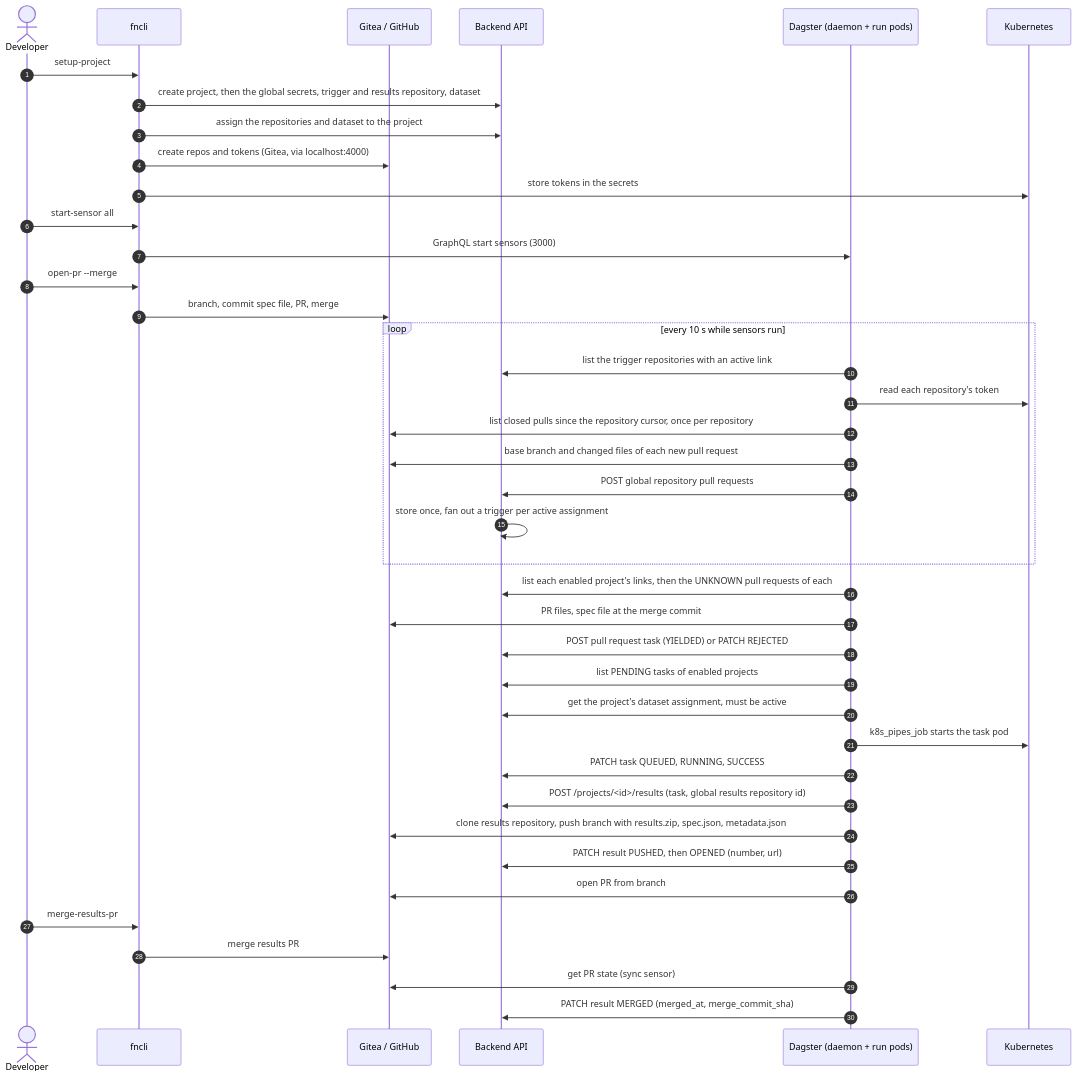
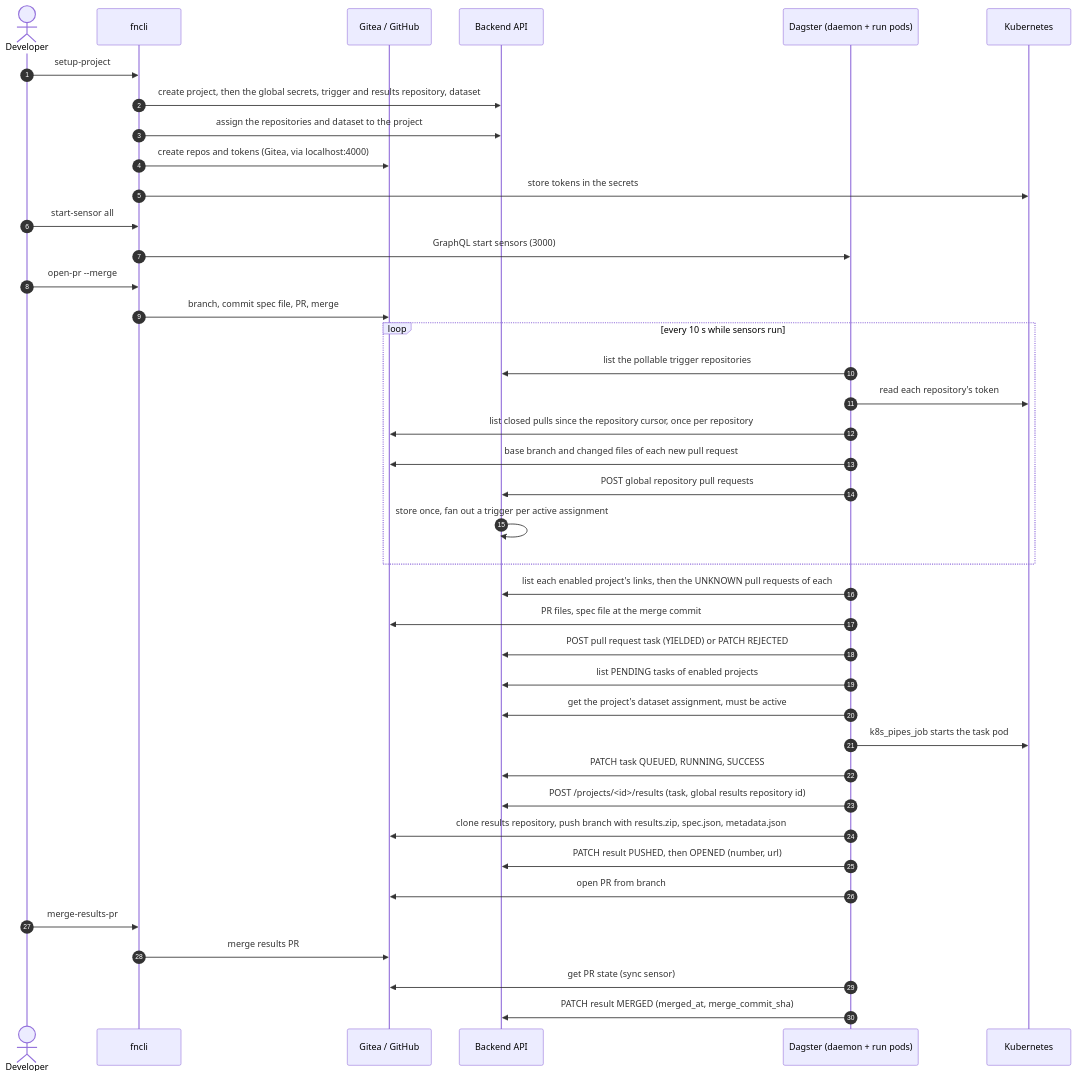
One commit to Aridhia-Open-Source/PHEMS_federated_node changed the second of 3 diagrams in docs/architecture/flows.md. Above: the diagram before and after it, drawn with Mermaid. The commit also changed other lines of this file and 21 other files, not shown here.

````diff
--- a/docs/architecture/flows.md
+++ b/docs/architecture/flows.md
@@ -55,44 +56,44 @@
 ```mermaid
 sequenceDiagram
     autonumber
     actor Dev as Developer
     participant CLI as fncli
     participant Git as Gitea / GitHub
     participant BE as Backend API
     participant DG as Dagster (daemon + run pods)
     participant K8s as Kubernetes
 
     Dev->>CLI: setup-project
     CLI->>BE: create project, then the global secrets, trigger and results repository, dataset
     CLI->>BE: assign the repositories and dataset to the project
     CLI->>Git: create repos and tokens (Gitea, via localhost:4000)
     CLI->>K8s: store tokens in the secrets
     Dev->>CLI: start-sensor all
     CLI->>DG: GraphQL start sensors (3000)
     Dev->>CLI: open-pr --merge
     CLI->>Git: branch, commit spec file, PR, merge
 
     loop every 10 s while sensors run
-        DG->>BE: list the trigger repositories with an active link
+        DG->>BE: list the pollable trigger repositories
         DG->>K8s: read each repository's token
         DG->>Git: list closed pulls since the repository cursor, once per repository
         DG->>Git: base branch and changed files of each new pull request
         DG->>BE: POST global repository pull requests
         BE->>BE: store once, fan out a trigger per active assignment
     end
     DG->>BE: list each enabled project's links, then the UNKNOWN pull requests of each
     DG->>Git: PR files, spec file at the merge commit
     DG->>BE: POST pull request task (YIELDED) or PATCH REJECTED
     DG->>BE: list PENDING tasks of enabled projects
     DG->>BE: get the project's dataset assignment, must be active
     DG->>K8s: k8s_pipes_job starts the task pod
     DG->>BE: PATCH task QUEUED, RUNNING, SUCCESS
     DG->>BE: POST /projects/<id>/results (task, global results repository id)
     DG->>Git: clone results repository, push branch with results.zip, spec.json, metadata.json
     DG->>BE: PATCH result PUSHED, then OPENED (number, url)
     DG->>Git: open PR from branch
     Dev->>CLI: merge-results-pr
     CLI->>Git: merge results PR
     DG->>Git: get PR state (sync sensor)
     DG->>BE: PATCH result MERGED (merged_at, merge_commit_sha)
 ```
````
